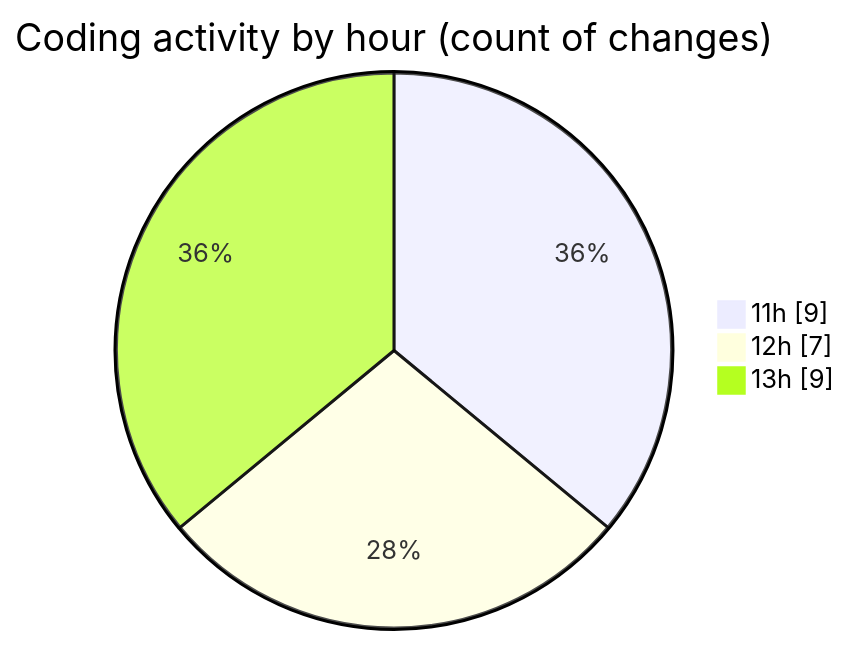
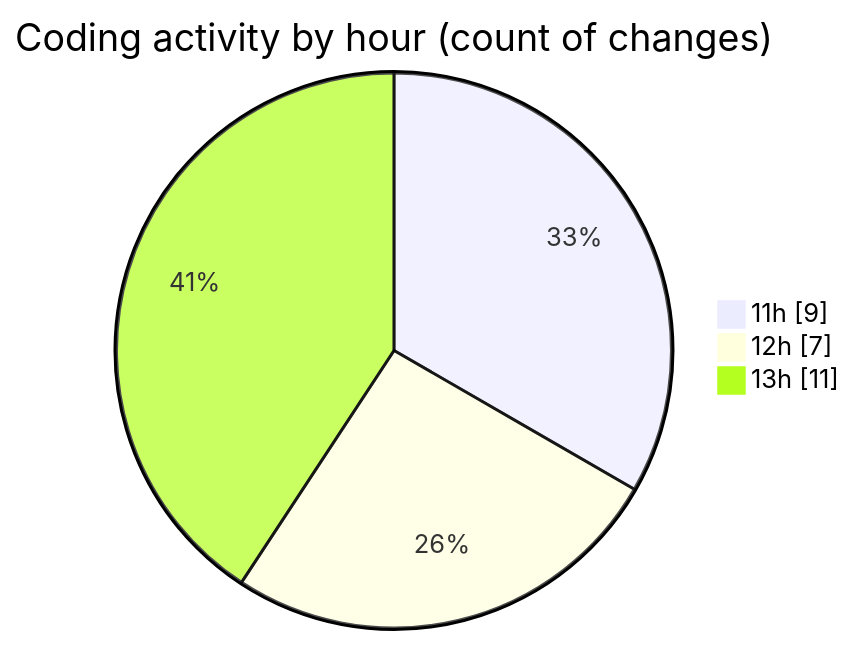
The second of 2 diagrams in 2025-08-07/ribbon/README.md (EIIisD/code-tracking), drawn with Mermaid before and after one commit. The commit also changed other lines of this file and 1 other file, not shown here.

````diff
--- a/2025-08-07/ribbon/README.md
+++ b/2025-08-07/ribbon/README.md
@@ -42,7 +42,7 @@
 ```mermaid
 pie showData
 title Coding activity by hour (count of changes)
 "11h" : 9
 "12h" : 7
-"13h" : 9
+"13h" : 11
 ```
````
